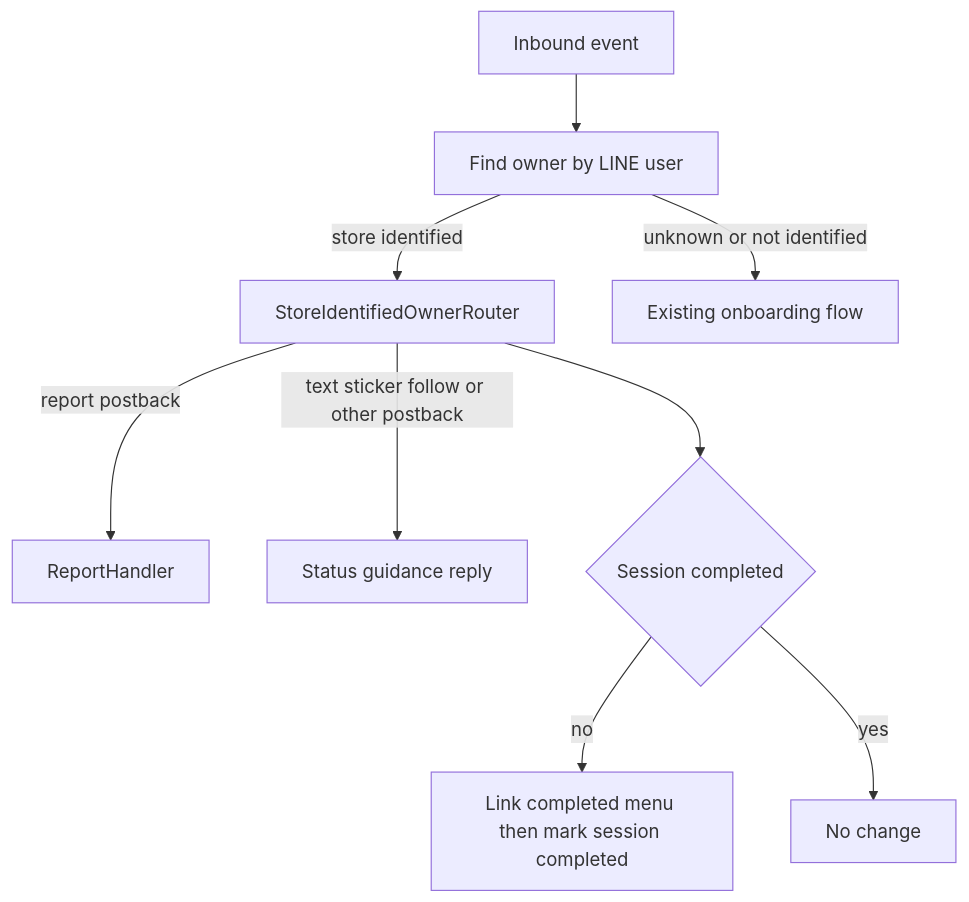
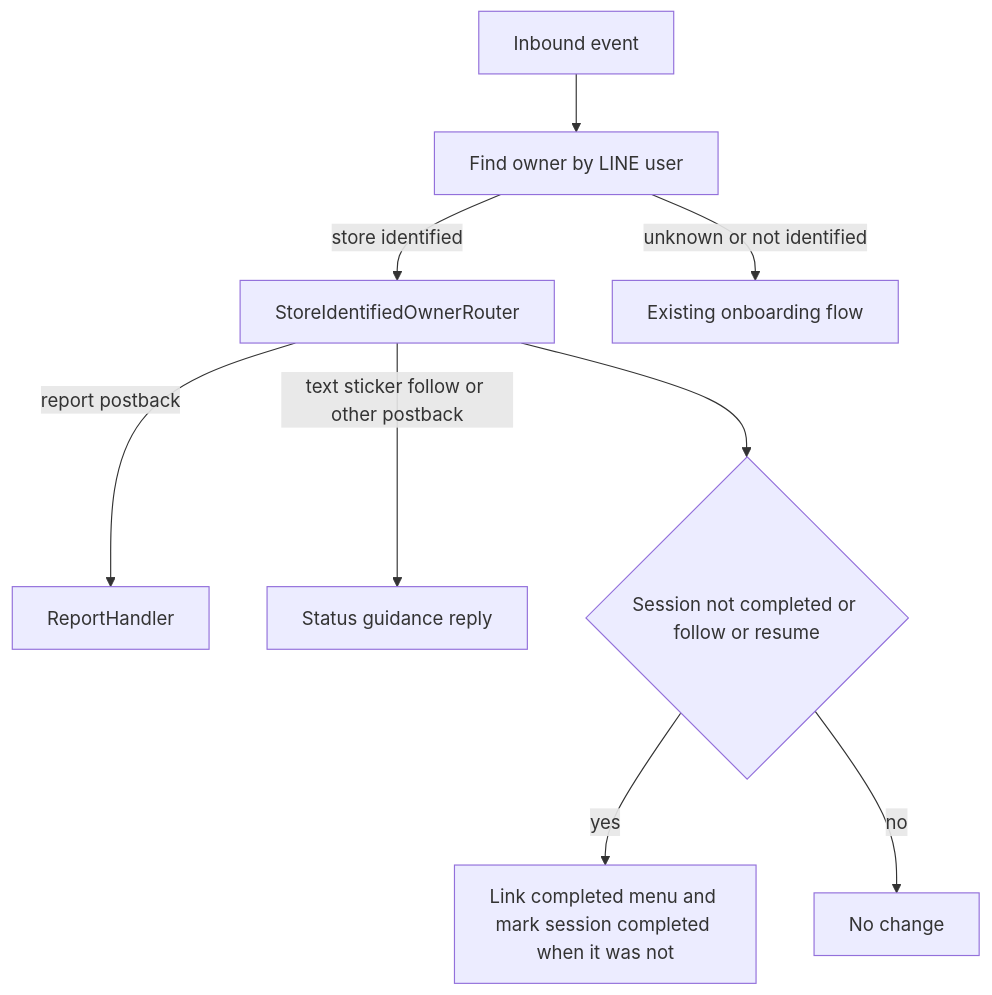
Before and after one commit to ManatoYamashita/fw-line-meo: the third of 5 diagrams in .kiro/specs/line-on-demand-report/design.md, drawn with Mermaid. The commit also changed other lines of this file and 2 other files, not shown here.

````diff
--- a/.kiro/specs/line-on-demand-report/design.md
+++ b/.kiro/specs/line-on-demand-report/design.md
@@ -294,11 +294,11 @@
 ```mermaid
 flowchart TD
     Event[Inbound event] --> Lookup[Find owner by LINE user]
     Lookup -->|store identified| RouterNode[StoreIdentifiedOwnerRouter]
     Lookup -->|unknown or not identified| Onboarding[Existing onboarding flow]
     RouterNode -->|report postback| ReportNode[ReportHandler]
     RouterNode -->|text sticker follow or other postback| Status[Status guidance reply]
-    RouterNode --> Reconcile{Session completed}
-    Reconcile -->|no| Link[Link completed menu then mark session completed]
-    Reconcile -->|yes| Keep[No change]
+    RouterNode --> Reconcile{Session not completed or follow or resume}
+    Reconcile -->|yes| Link[Link completed menu and mark session completed when it was not]
+    Reconcile -->|no| Keep[No change]
 ```
````
